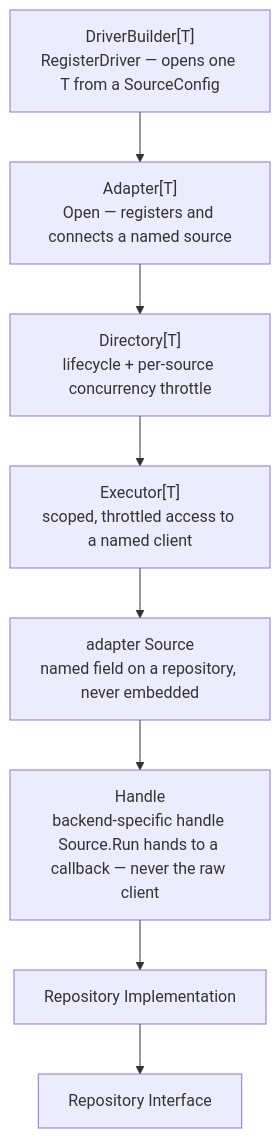
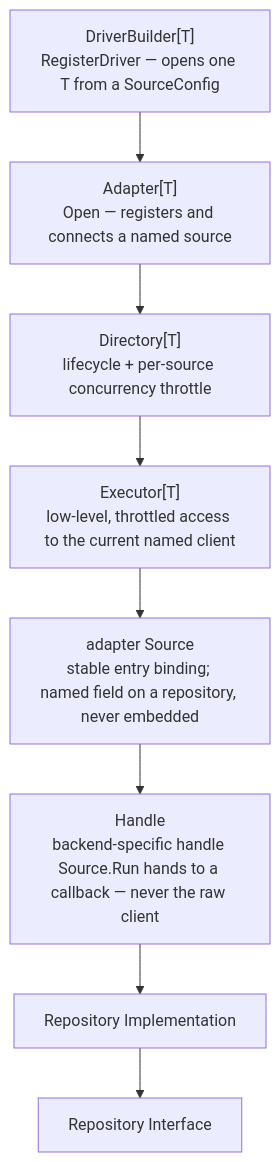
Before and after one commit to loykin/dbstore: the diagram in README.md, drawn with Mermaid. The commit also changed other lines of this file and 40 other files, not shown here.

````diff
--- a/README.md
+++ b/README.md
@@ -345,13 +378,13 @@
 ```mermaid
 flowchart TD
     A["DriverBuilder[T]<br/>RegisterDriver — opens one T from a SourceConfig"]
     B["Adapter[T]<br/>Open — registers and connects a named source"]
     C["Directory[T]<br/>lifecycle + per-source concurrency throttle"]
-    D["Executor[T]<br/>scoped, throttled access to a named client"]
-    E["adapter Source<br/>named field on a repository, never embedded"]
+    D["Executor[T]<br/>low-level, throttled access to the current named client"]
+    E["adapter Source<br/>stable entry binding; named field on a repository, never embedded"]
     H["Handle<br/>backend-specific handle Source.Run hands to a callback — never the raw client"]
     F[Repository Implementation]
     G[Repository Interface]
 
     A --> B --> C --> D --> E --> H --> F --> G
 ```
````
